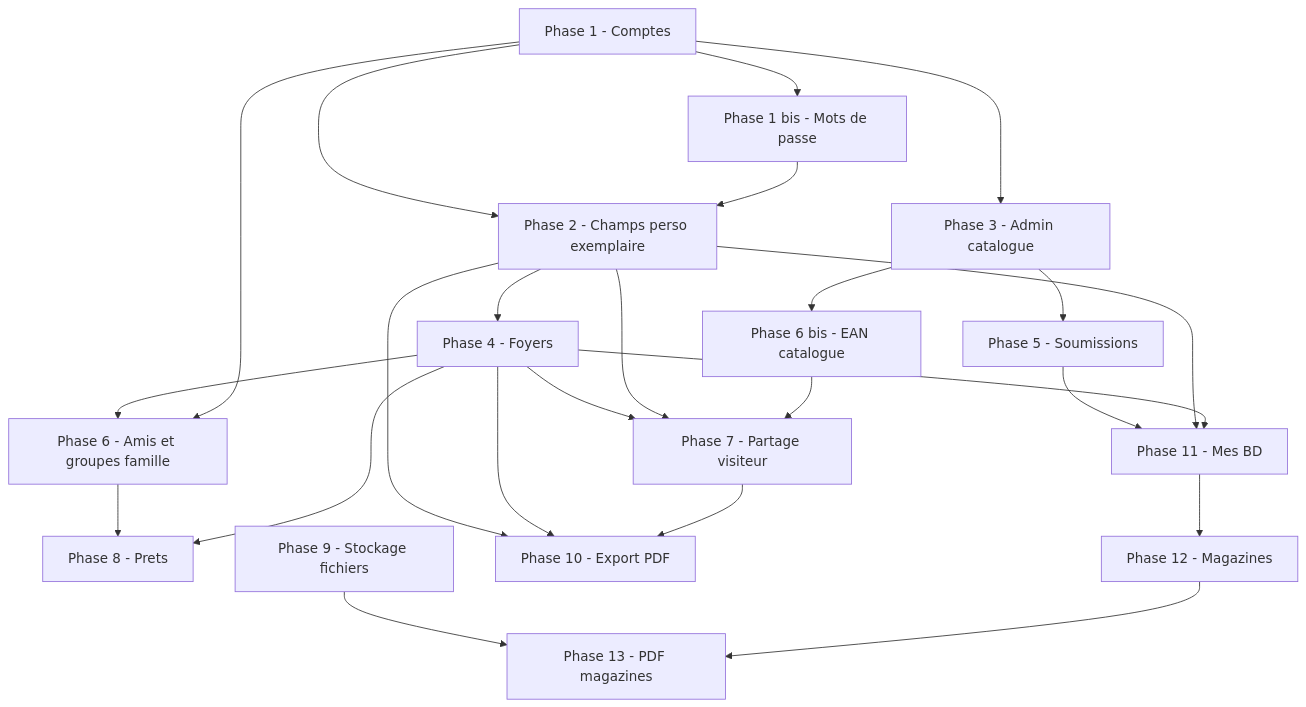
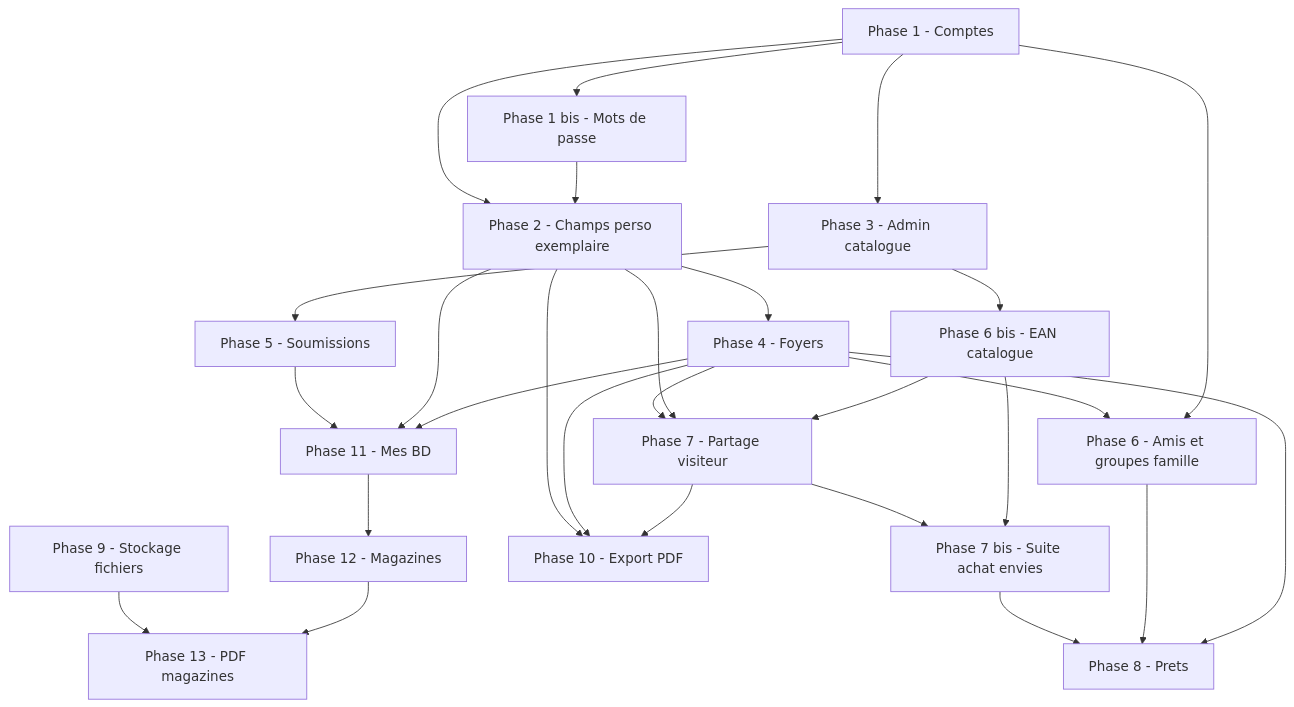
Before and after one commit to daryl40000/Moncine: the first of 3 diagrams in ROADMAP.md, drawn with Mermaid. The commit also changed other lines of this file and 16 other files, not shown here.

````diff
--- a/ROADMAP.md
+++ b/ROADMAP.md
@@ -103,42 +109,46 @@
 ```mermaid
 flowchart TD
     P1[Phase 1 - Comptes]
     P1b[Phase 1 bis - Mots de passe]
     P2[Phase 2 - Champs perso exemplaire]
     P3[Phase 3 - Admin catalogue]
     P4[Phase 4 - Foyers]
     P5[Phase 5 - Soumissions]
     P6[Phase 6 - Amis et groupes famille]
     P6b[Phase 6 bis - EAN catalogue]
     P7[Phase 7 - Partage visiteur]
+    P7b[Phase 7 bis - Suite achat envies]
     P8[Phase 8 - Prets]
     P9[Phase 9 - Stockage fichiers]
     P10[Phase 10 - Export PDF]
     P11[Phase 11 - Mes BD]
     P12[Phase 12 - Magazines]
     P13[Phase 13 - PDF magazines]
 
     P1 --> P1b
     P1 --> P2
     P1 --> P3
     P1b --> P2
     P2 --> P4
     P3 --> P5
     P4 --> P6
     P1 --> P6
     P4 --> P7
     P2 --> P7
     P3 --> P6b
     P6b --> P7
+    P7 --> P7b
+    P6b --> P7b
+    P7b --> P8
     P6 --> P8
     P4 --> P8
     P9 --> P13
     P2 --> P10
     P4 --> P10
     P7 --> P10
     P5 --> P11
     P2 --> P11
     P4 --> P11
     P11 --> P12
     P12 --> P13
 ```
````
